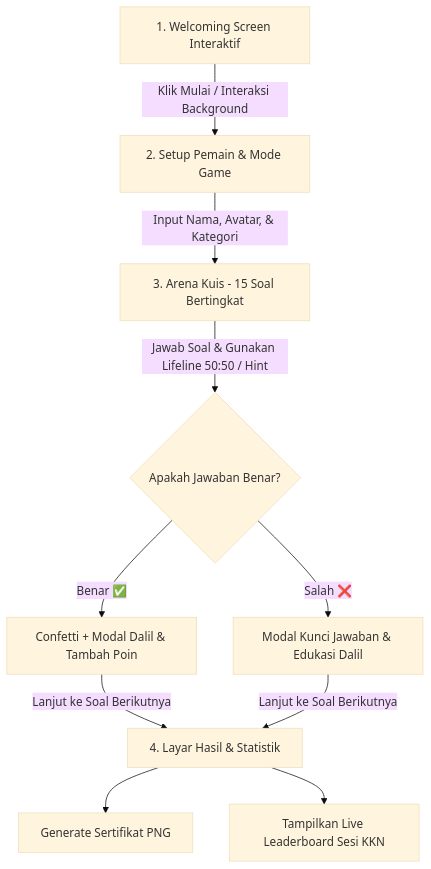
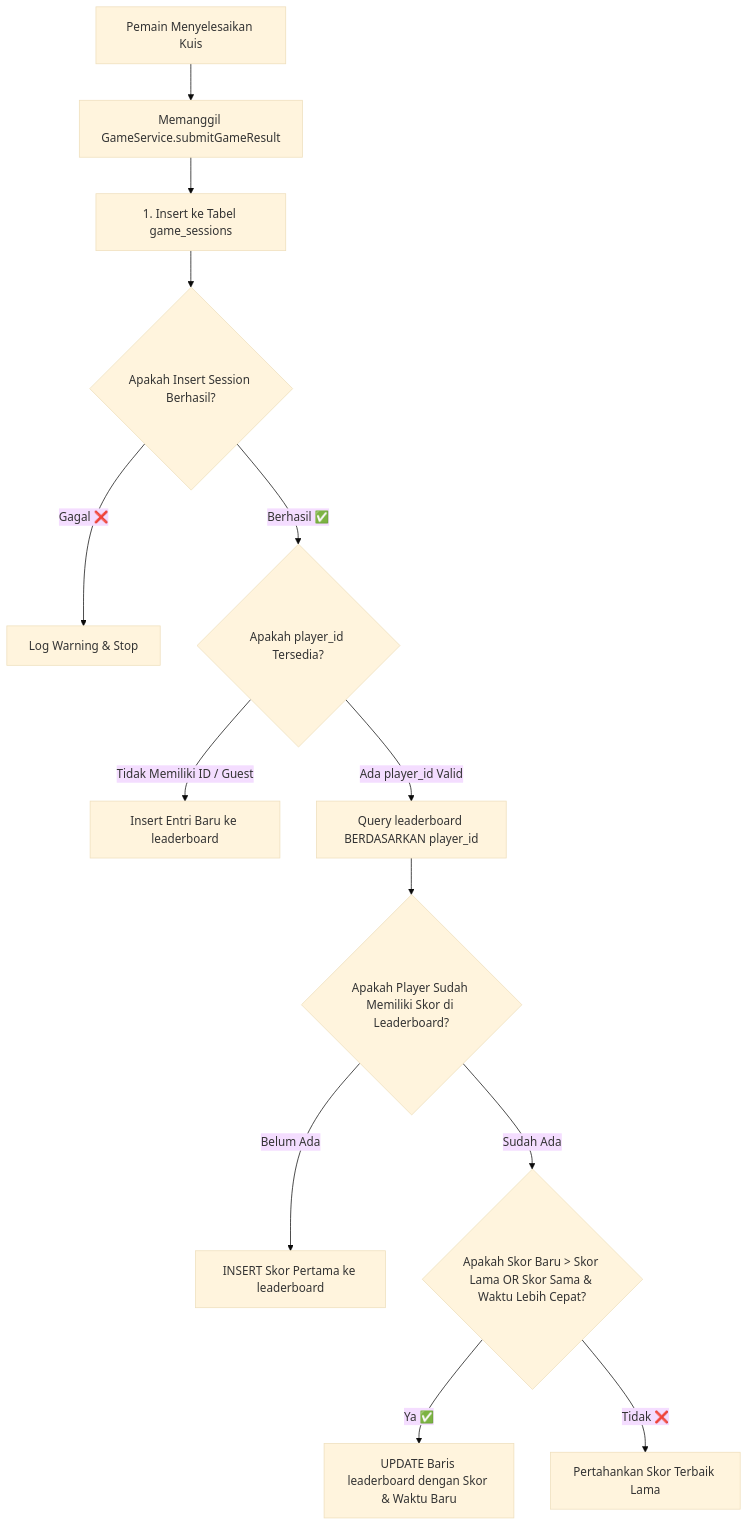
The diagram in dokumen/notesperubahan.md (raihanfadhlurrahman/quizgames-webapp), drawn with Mermaid (base theme) before and after one commit. The commit also changed other lines of this file and 23 other files, not shown here.

````diff
--- a/dokumen/notesperubahan.md
+++ b/dokumen/notesperubahan.md
@@ -57,12 +70,15 @@
 ```mermaid
 graph TD
-    A[1. Welcoming Screen Interaktif] -->|Klik Mulai / Interaksi Background| B[2. Setup Pemain & Mode Game]
-    B -->|Input Nama, Avatar, & Kategori| C[3. Arena Kuis - 15 Soal Bertingkat]
-    C -->|Jawab Soal & Gunakan Lifeline 50:50 / Hint| D{Apakah Jawaban Benar?}
-    D -->|Benar ✅| E[Confetti + Modal Dalil & Tambah Poin]
-    D -->|Salah ❌| F[Modal Kunci Jawaban & Edukasi Dalil]
-    E -->|Lanjut ke Soal Berikutnya| G[4. Layar Hasil & Statistik]
-    F -->|Lanjut ke Soal Berikutnya| G
-    G --> H[Generate Sertifikat PNG]
-    G --> I[Tampilkan Live Leaderboard Sesi KKN]
+    A[Pemain Menyelesaikan Kuis] --> B[Memanggil GameService.submitGameResult]
+    B --> C[1. Insert ke Tabel game_sessions]
+    C --> D{Apakah Insert Session Berhasil?}
+    D -->|Gagal ❌| E[Log Warning & Stop]
+    D -->|Berhasil ✅| F{Apakah player_id Tersedia?}
+    F -->|Tidak Memiliki ID / Guest| G[Insert Entri Baru ke leaderboard]
+    F -->|Ada player_id Valid| H[Query leaderboard BERDASARKAN player_id]
+    H --> I{Apakah Player Sudah Memiliki Skor di Leaderboard?}
+    I -->|Belum Ada| J[INSERT Skor Pertama ke leaderboard]
+    I -->|Sudah Ada| K{Apakah Skor Baru > Skor Lama OR Skor Sama & Waktu Lebih Cepat?}
+    K -->|Ya ✅| L[UPDATE Baris leaderboard dengan Skor & Waktu Baru]
+    K -->|Tidak ❌| M[Pertahankan Skor Terbaik Lama]
 ```
````
